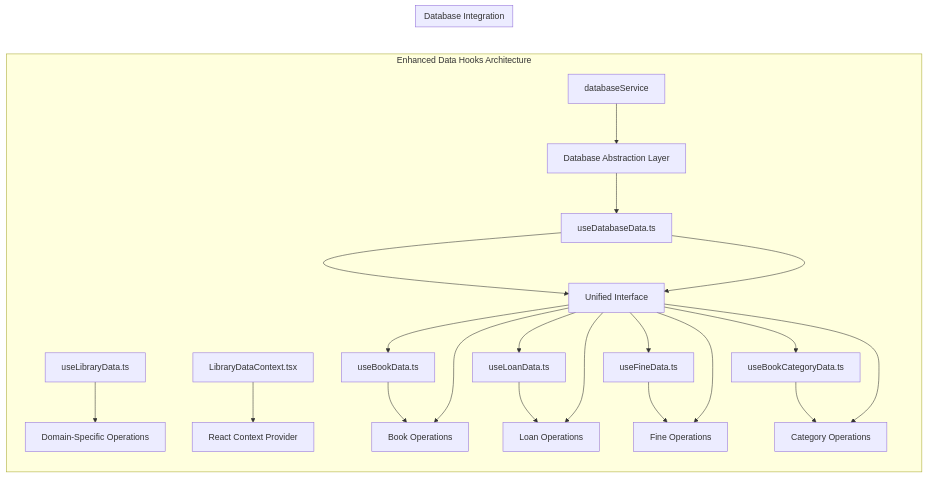
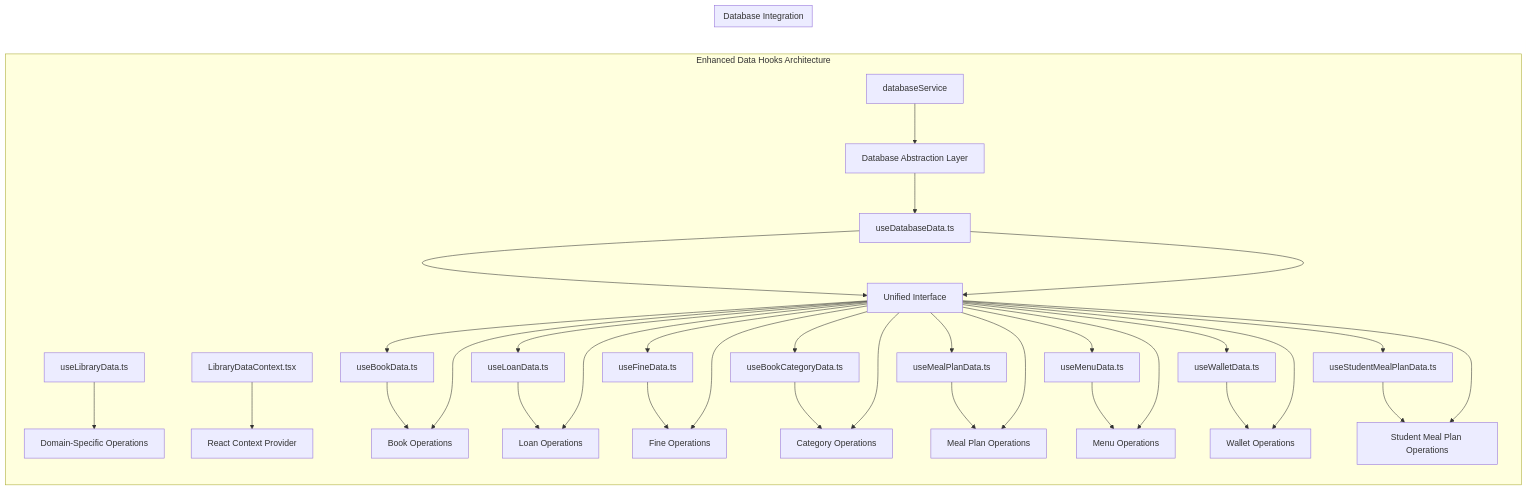
One commit to geniusdynamics/schoolpilot changed the seventh of 12 diagrams in .qoder/repowiki/en/content/Modules System/Library Module.md. Above: the diagram before and after it, drawn with Mermaid. The commit also changed other lines of this file and 54 other files, not shown here.

````diff
--- a/.qoder/repowiki/en/content/Modules System/Library Module.md
+++ b/.qoder/repowiki/en/content/Modules System/Library Module.md
@@ -399,25 +495,37 @@
 ```mermaid
 graph LR
 subgraph "Enhanced Data Hooks Architecture"
 A[useLibraryData.ts] --> B[Domain-Specific Operations]
 C[LibraryDataContext.tsx] --> D[React Context Provider]
 E[databaseService] --> F[Database Abstraction Layer]
 G[useDatabaseData.ts] --> H[Unified Interface]
 I[useBookData.ts] --> J[Book Operations]
 K[useLoanData.ts] --> L[Loan Operations]
 M[useFineData.ts] --> N[Fine Operations]
 O[useBookCategoryData.ts] --> P[Category Operations]
+Q[useMealPlanData.ts] --> R[Meal Plan Operations]
+S[useMenuData.ts] --> T[Menu Operations]
+U[useWalletData.ts] --> V[Wallet Operations]
+W[useStudentMealPlanData.ts] --> X[Student Meal Plan Operations]
 end
 subgraph "Database Integration"
 F --> G
 G --> H
 H --> I
 H --> J
 H --> K
 H --> L
 H --> M
 H --> N
 H --> O
 H --> P
+H --> Q
+H --> R
+H --> S
+H --> T
+H --> U
+H --> V
+H --> W
+H --> X
 end
 ```
````
